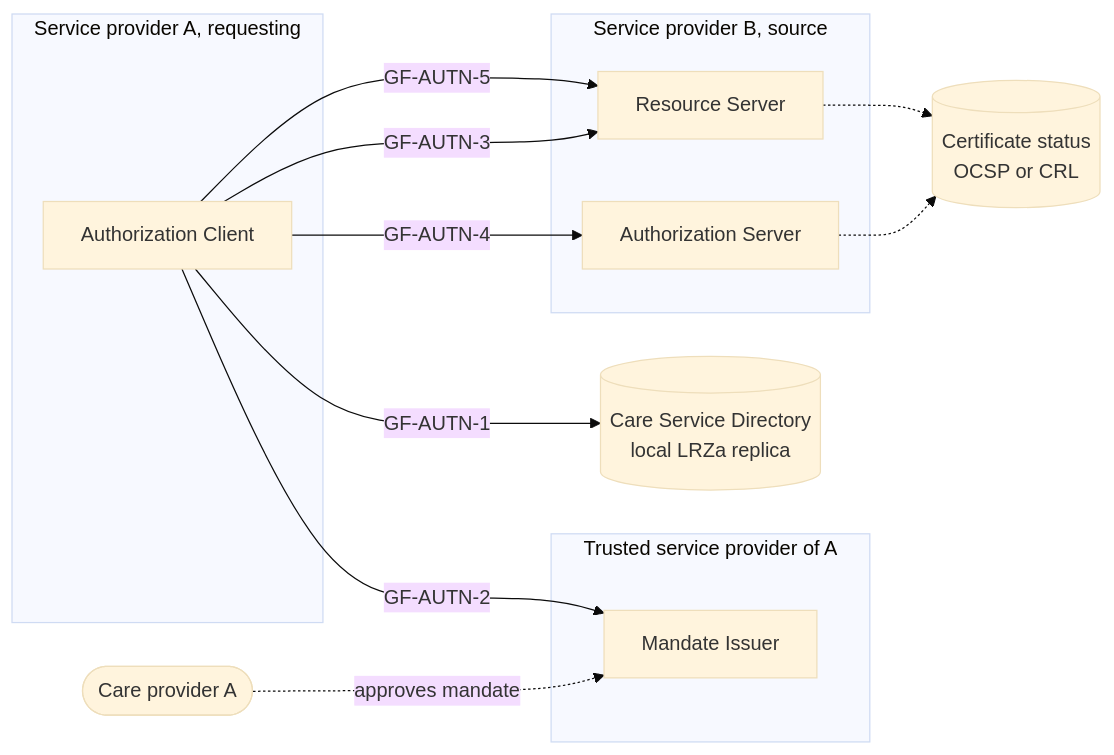
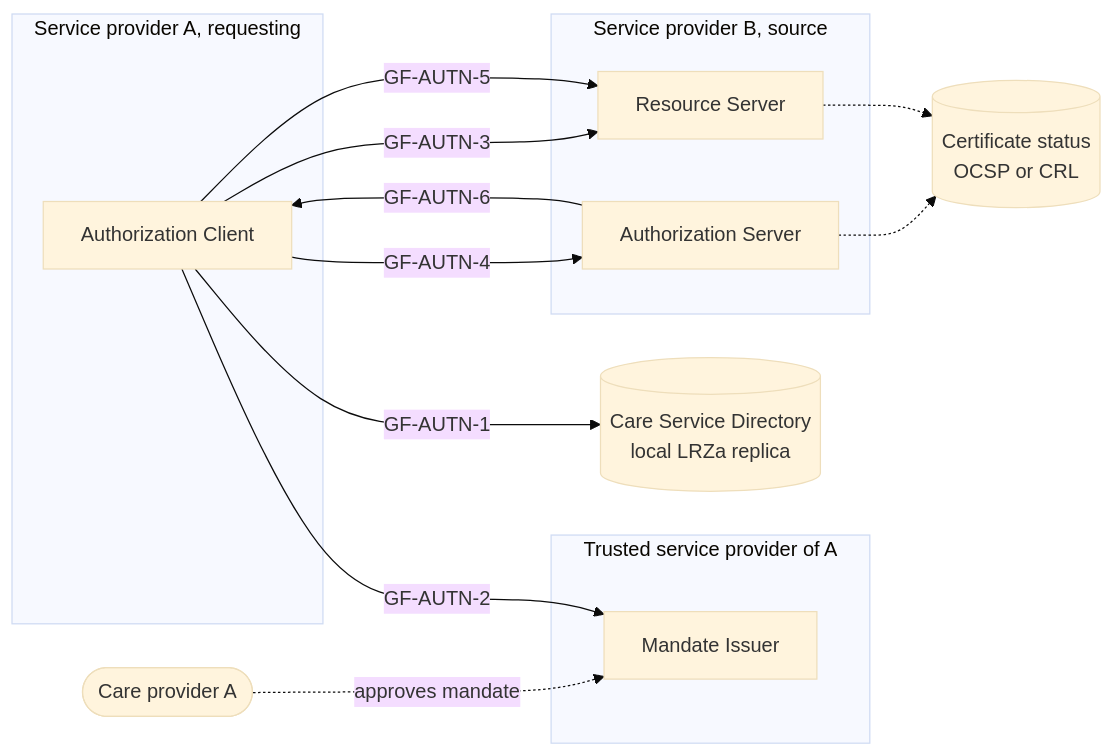
The first of 3 diagrams in input/pagecontent/authentication.md (minvws/generiekefuncties-docs), drawn with Mermaid (base theme) before and after one commit. The commit also changed other lines of this file and 4 other files, not shown here.

````diff
--- a/input/pagecontent/authentication.md
+++ b/input/pagecontent/authentication.md
@@ -51,24 +54,25 @@
 ```mermaid
 flowchart LR
     CPA([Care provider A])
     subgraph SPA [Service provider A, requesting]
         AC[Authorization Client]
     end
     subgraph TSPA [Trusted service provider of A]
         MI[Mandate Issuer]
     end
     subgraph SPB [Service provider B, source]
         AS[Authorization Server]
         RS[Resource Server]
     end
     CSD[(Care Service Directory<br/>local LRZa replica)]
     OCSP[(Certificate status<br/>OCSP or CRL)]
     CPA -. approves mandate .-> MI
     AC -- GF-AUTN-1 --> CSD
     AC -- GF-AUTN-2 --> MI
     AC -- GF-AUTN-3 --> RS
     AC -- GF-AUTN-4 --> AS
     AC -- GF-AUTN-5 --> RS
+    AS -- GF-AUTN-6 --> AC
     AS -.-> OCSP
     RS -.-> OCSP
 ```
````
